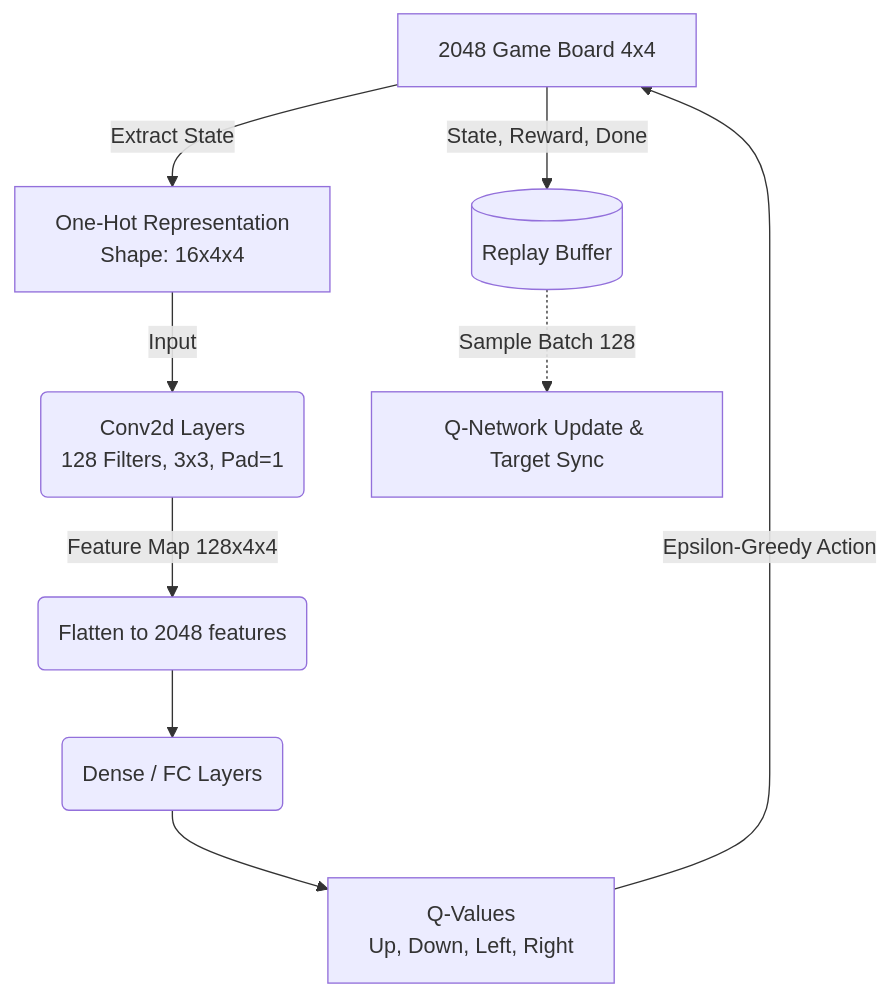
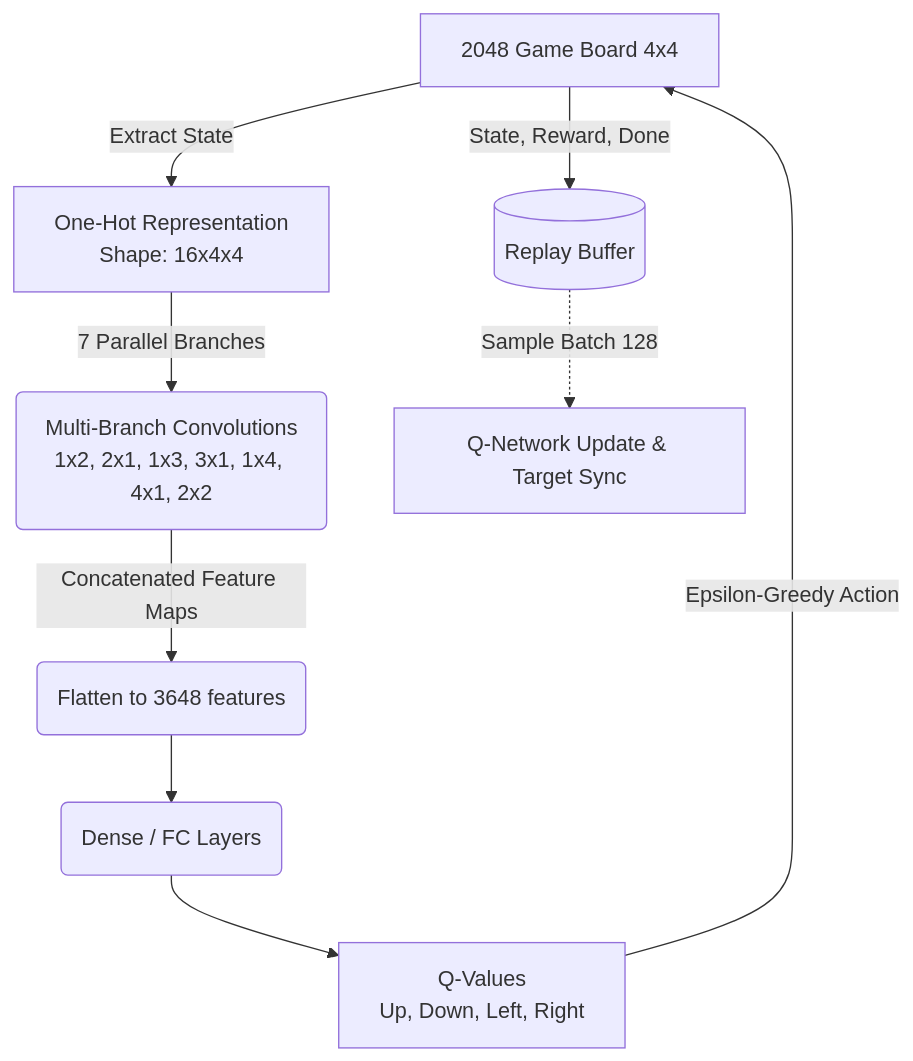
One commit to quachthanhhmd/Deep-Q-Learning-2048 changed the diagram in README_CNNDQN.md. Above: the diagram before and after it, drawn with Mermaid. The commit also changed other lines of this file and 2 other files, not shown here.

Commit message:
feat: update to multi convoluation model

````diff
--- a/README_CNNDQN.md
+++ b/README_CNNDQN.md
@@ -9,11 +9,11 @@
 ```mermaid
 flowchart TD
     A[2048 Game Board 4x4] -->|Extract State| B[One-Hot Representation\nShape: 16x4x4]
-    B -->|Input| C(Conv2d Layers\n128 Filters, 3x3, Pad=1)
-    C -->|Feature Map 128x4x4| D(Flatten to 2048 features)
+    B -->|7 Parallel Branches| C(Multi-Branch Convolutions\n1x2, 2x1, 1x3, 3x1, 1x4, 4x1, 2x2)
+    C -->|Concatenated Feature Maps| D(Flatten to 3648 features)
     D --> E(Dense / FC Layers)
     E --> F[Q-Values\nUp, Down, Left, Right]
     F -->|Epsilon-Greedy Action| A
     A -->|State, Reward, Done| G[(Replay Buffer)]
     G -.->|Sample Batch 128| H[Q-Network Update & Target Sync]
 ```
````
